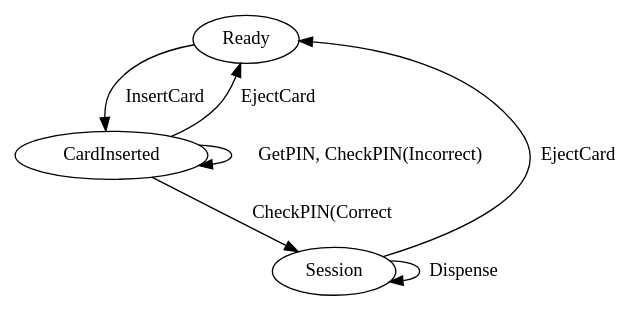
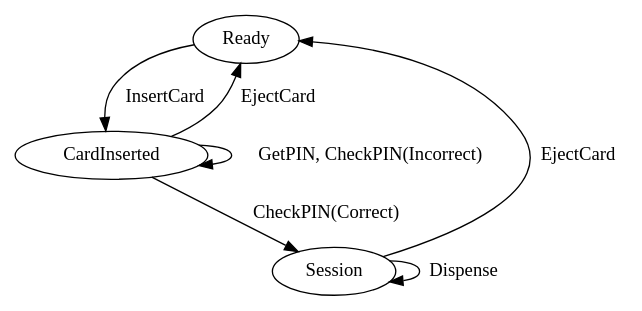
Before and after one commit to CodingCellist/idris2-dot-parse: the diagram in dot-examples/00-ATM-DSA.gv, drawn with Graphviz.

Commit message:
Fix minor typo in label.

```diff
--- a/dot-examples/00-ATM-DSA.gv
+++ b/dot-examples/00-ATM-DSA.gv
@@ -1,8 +1,8 @@
 digraph atm {
     Ready -> CardInserted [label="InsertCard"];
     CardInserted -> Ready [label="EjectCard"];
     CardInserted -> CardInserted [label="GetPIN, CheckPIN(Incorrect)"];
-    CardInserted -> Session [label="CheckPIN(Correct"];
+    CardInserted -> Session [label="CheckPIN(Correct)"];
     Session -> Session [label="Dispense"];
     Session -> Ready [label="EjectCard"];   // not entirely correct
 }
```
